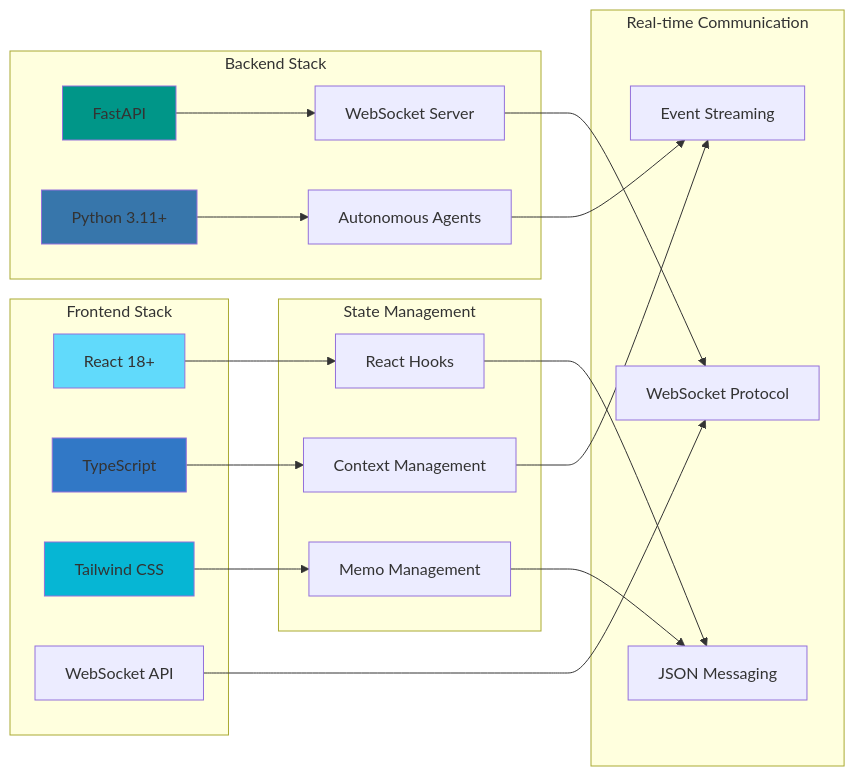
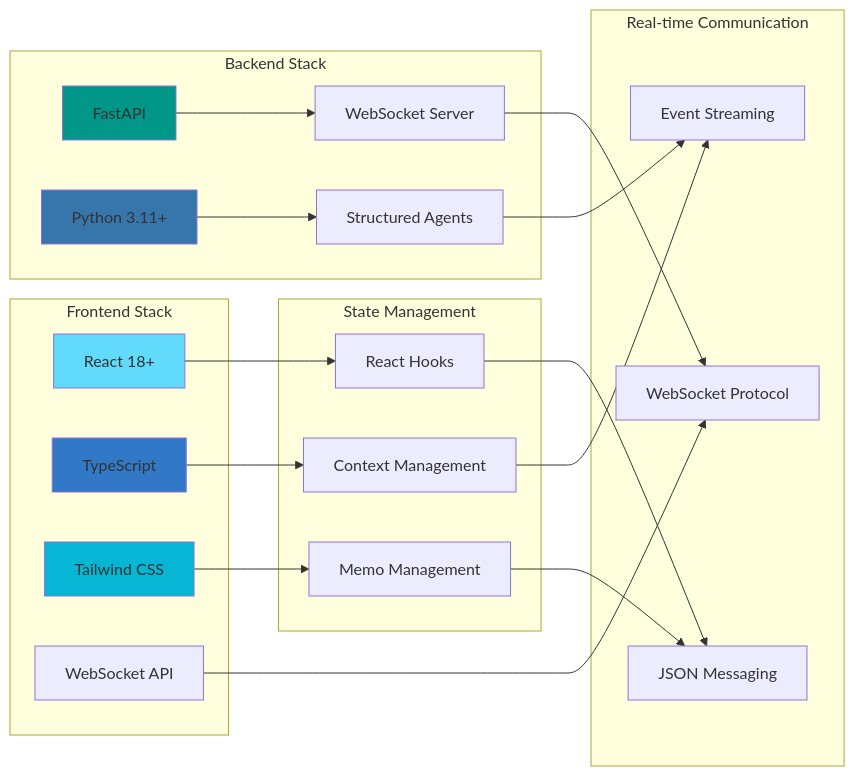
Before and after one commit to Olorin-ai-git/Bayit-Plus: the seventh of 7 diagrams in docs/diagrams/combined-display-architecture-2025-01-05.md, drawn with Mermaid. The commit also changed other lines of this file and 703 other files, not shown here.

````diff
--- a/docs/diagrams/combined-display-architecture-2025-01-05.md
+++ b/docs/diagrams/combined-display-architecture-2025-01-05.md
@@ -444,48 +444,48 @@
 ```mermaid
 graph LR
     subgraph "Frontend Stack"
         R[React 18+]
         TS[TypeScript]
         TC[Tailwind CSS]
         WS[WebSocket API]
     end
     
     subgraph "State Management"
         RH[React Hooks]
         CM[Context Management]
         MM[Memo Management]
     end
     
     subgraph "Backend Stack"
         FA[FastAPI]
         WS2[WebSocket Server]
         PY[Python 3.11+]
-        AA[Autonomous Agents]
+        AA[Structured Agents]
     end
     
     subgraph "Real-time Communication"
         WP[WebSocket Protocol]
         JM[JSON Messaging]
         ES[Event Streaming]
     end
     
     R --> RH
     TS --> CM
     TC --> MM
     WS --> WP
     
     RH --> JM
     CM --> ES
     MM --> JM
     
     FA --> WS2
     PY --> AA
     WS2 --> WP
     AA --> ES
     
     style R fill:#61dafb
     style TS fill:#3178c6
     style TC fill:#06b6d4
     style FA fill:#009688
     style PY fill:#3776ab
 ```
````
